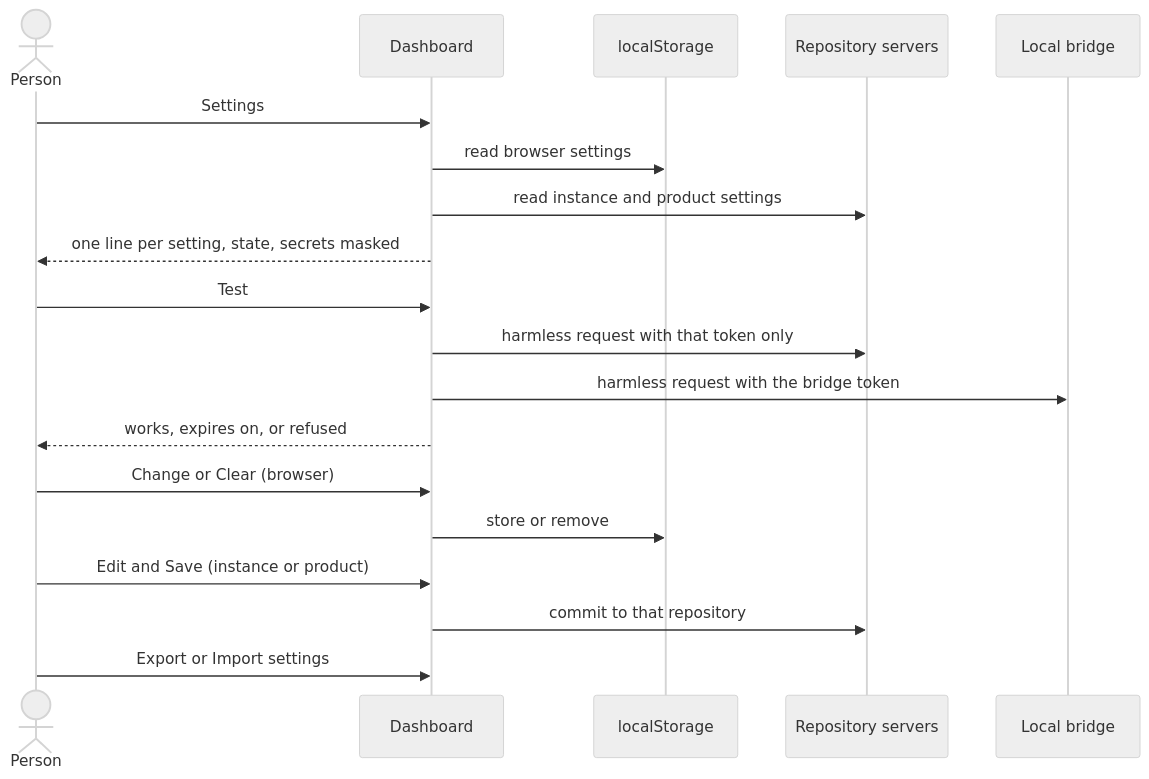
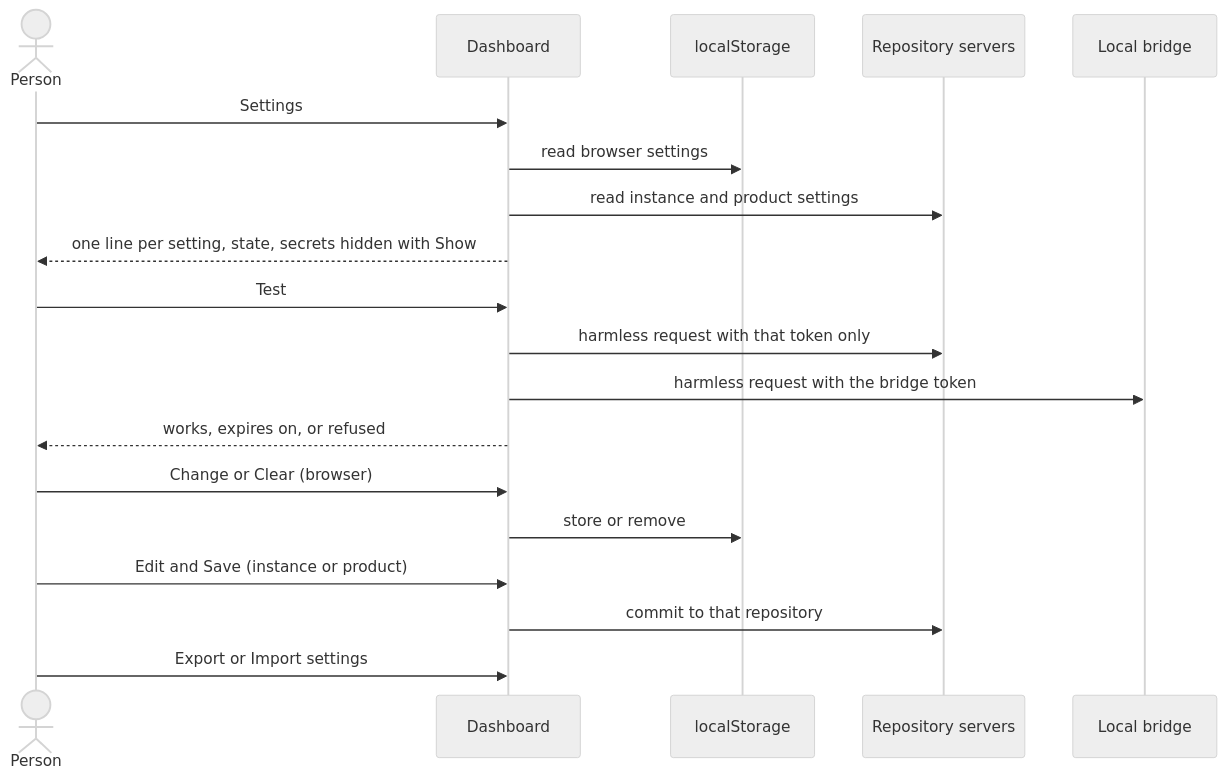
Before and after one commit to akmaier/agent-m: the diagram in docs/use-cases/UC-042-manage-settings.md, drawn with Mermaid (neutral theme). The commit also changed other lines of this file and 5 other files, not shown here.

````diff
--- a/docs/use-cases/UC-042-manage-settings.md
+++ b/docs/use-cases/UC-042-manage-settings.md
@@ -91,21 +93,21 @@
 ```mermaid
 sequenceDiagram
     actor P as Person
     participant D as Dashboard
     participant L as localStorage
     participant S as Repository servers
     participant B as Local bridge
     P->>D: Settings
     D->>L: read browser settings
     D->>S: read instance and product settings
-    D-->>P: one line per setting, state, secrets masked
+    D-->>P: one line per setting, state, secrets hidden with Show
     P->>D: Test
     D->>S: harmless request with that token only
     D->>B: harmless request with the bridge token
     D-->>P: works, expires on, or refused
     P->>D: Change or Clear (browser)
     D->>L: store or remove
     P->>D: Edit and Save (instance or product)
     D->>S: commit to that repository
     P->>D: Export or Import settings
 ```
````
